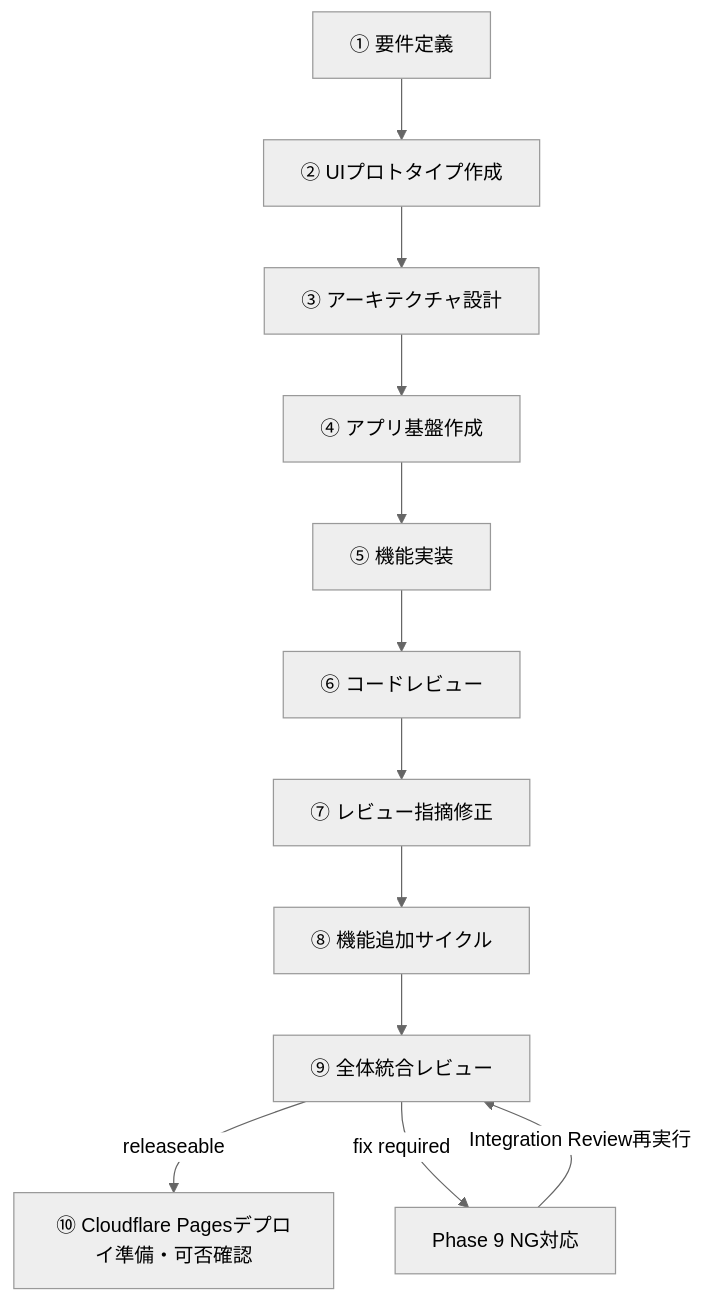
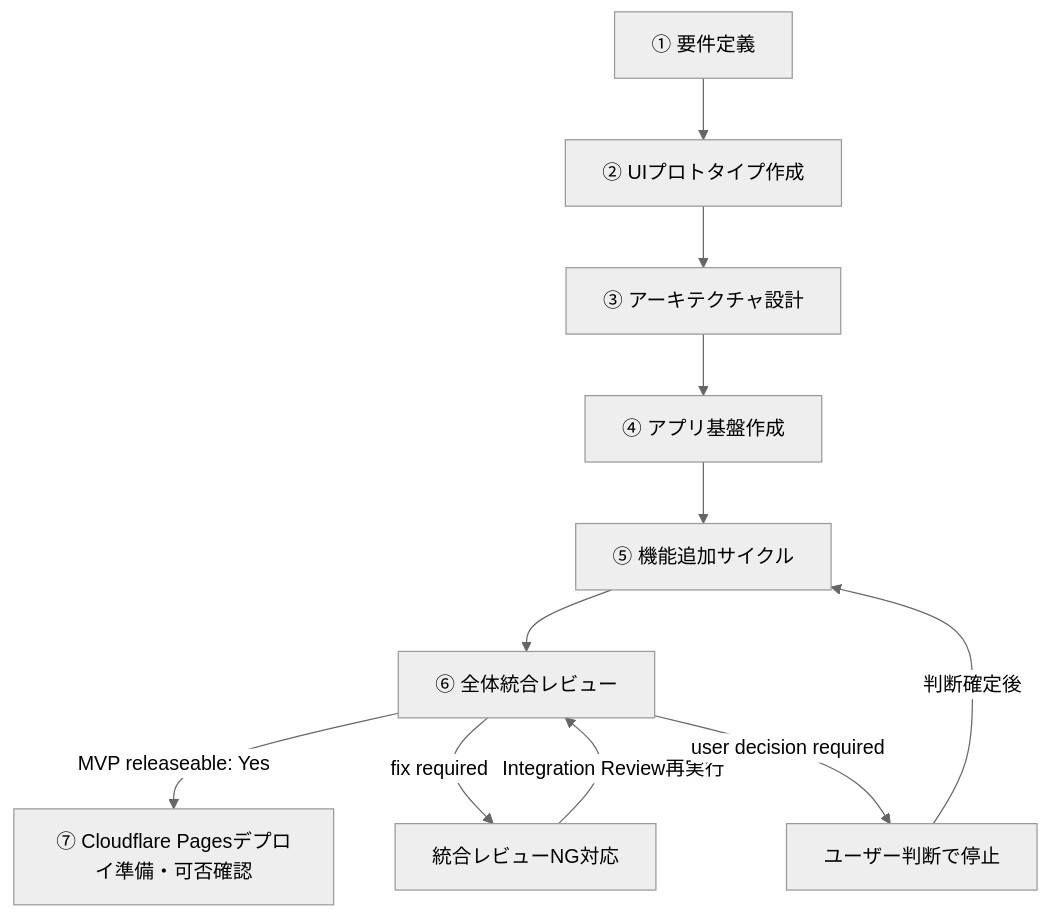
Before and after one commit to FujiJPProject/IPAStudyApp: the first of 2 diagrams in AI/応用情報技術者試験Webアプリ作成 プロンプト手順.md, drawn with Mermaid (neutral theme). The commit also changed other lines of this file and 17 other files, not shown here.

````diff
--- a/AI/応用情報技術者試験Webアプリ作成 プロンプト手順.md
+++ b/AI/応用情報技術者試験Webアプリ作成 プロンプト手順.md
@@ -23,14 +23,13 @@
 ```mermaid
 graph TD
     A["① 要件定義"] --> B["② UIプロトタイプ作成"]
     B --> C["③ アーキテクチャ設計"]
     C --> D["④ アプリ基盤作成"]
-    D --> E["⑤ 機能実装"]
-    E --> F["⑥ コードレビュー"]
-    F --> G["⑦ レビュー指摘修正"]
-    G --> H["⑧ 機能追加サイクル"]
-    H --> I["⑨ 全体統合レビュー"]
-    I -->|"releaseable"| J["⑩ Cloudflare Pagesデプロイ準備・可否確認"]
-    I -->|"fix required"| K["Phase 9 NG対応"]
+    D --> E["⑤ 機能追加サイクル"]
+    E --> I["⑥ 全体統合レビュー"]
+    I -->|"MVP releaseable: Yes"| J["⑦ Cloudflare Pagesデプロイ準備・可否確認"]
+    I -->|"fix required"| K["統合レビューNG対応"]
     K -->|"Integration Review再実行"| I
+    I -->|"user decision required"| L["ユーザー判断で停止"]
+    L -->|"判断確定後"| E
 ```
````
